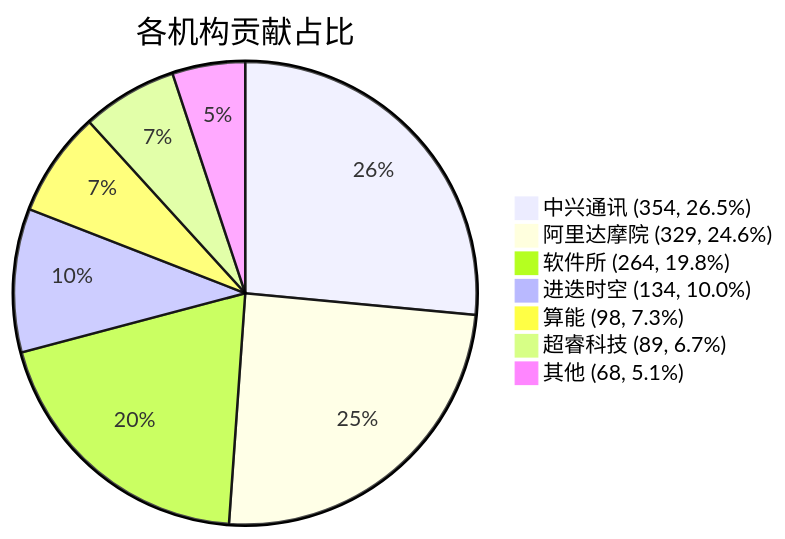
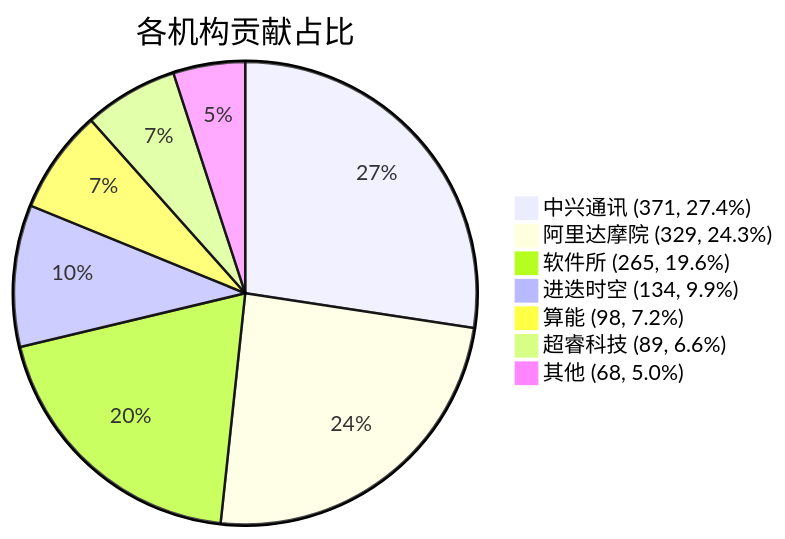
One commit to RVCK-Project/rvck changed the diagram in docs/index.md. Above: the diagram before and after it, drawn with Mermaid. The commit also changed other lines of this file and 20 other files, not shown here.

````diff
--- a/docs/index.md
+++ b/docs/index.md
@@ -39,10 +39,10 @@
 ```mermaid
 pie title 各机构贡献占比
-    "中兴通讯 (354, 26.5%)" : 354
-    "阿里达摩院 (329, 24.6%)" : 329
-    "软件所 (264, 19.8%)" : 264
-    "进迭时空 (134, 10.0%)" : 134
-    "算能 (98, 7.3%)" : 98
-    "超睿科技 (89, 6.7%)" : 89
-    "其他 (68, 5.1%)" : 68
+    "中兴通讯 (371, 27.4%)" : 371
+    "阿里达摩院 (329, 24.3%)" : 329
+    "软件所 (265, 19.6%)" : 265
+    "进迭时空 (134, 9.9%)" : 134
+    "算能 (98, 7.2%)" : 98
+    "超睿科技 (89, 6.6%)" : 89
+    "其他 (68, 5.0%)" : 68
 ```
````
